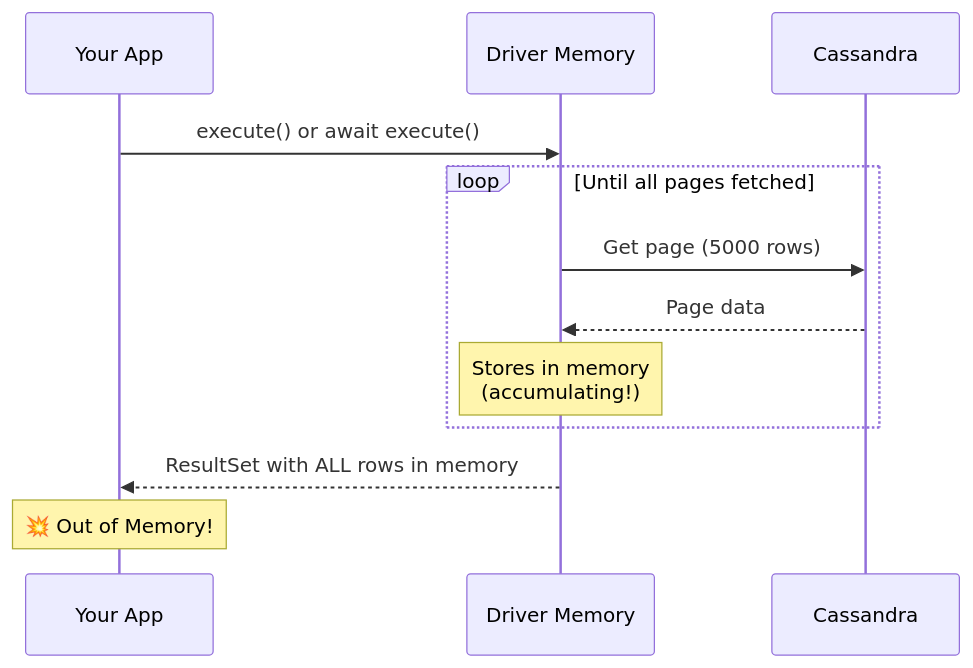
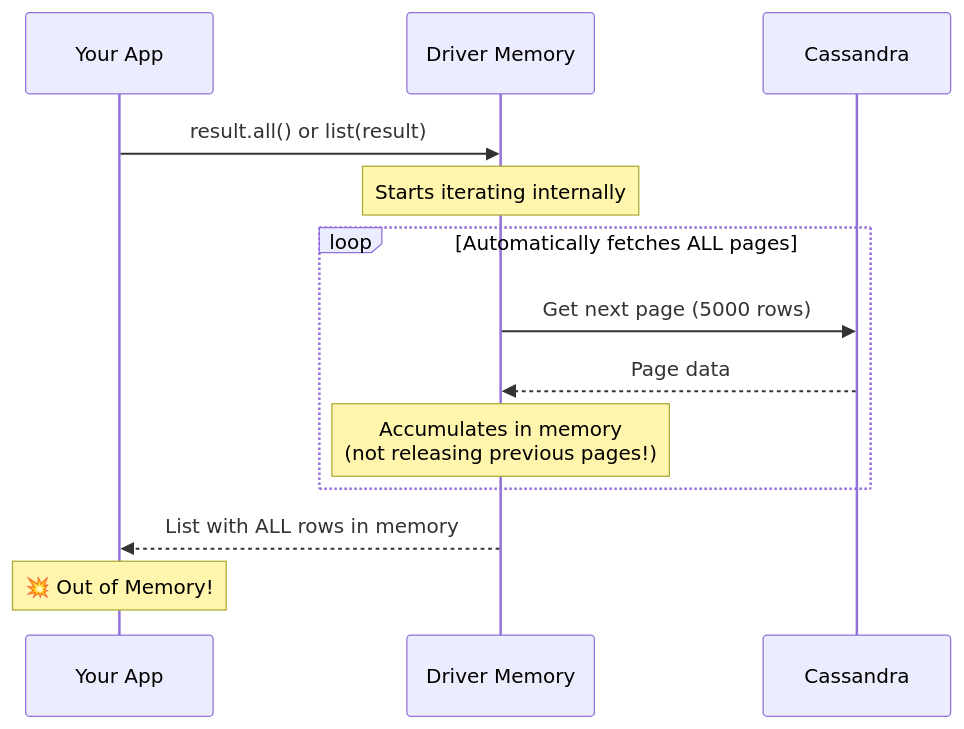
Before and after one commit to axonops/async-python-cassandra-client: the second of 7 diagrams in docs/streaming.md, drawn with Mermaid. The commit also changed other lines of this file and 1 other file, not shown here.

Commit message:
updating streaming and architecture docs

````diff
--- a/docs/streaming.md
+++ b/docs/streaming.md
@@ -72,17 +92,18 @@
 ```mermaid
 sequenceDiagram
     participant App as Your App
     participant Driver as Driver Memory
     participant Cassandra
 
-    App->>Driver: execute() or await execute()
+    App->>Driver: result.all() or list(result)
+    Note over Driver: Starts iterating internally
 
-    loop Until all pages fetched
-        Driver->>Cassandra: Get page (5000 rows)
+    loop Automatically fetches ALL pages
+        Driver->>Cassandra: Get next page (5000 rows)
         Cassandra-->>Driver: Page data
-        Note over Driver: Stores in memory<br/>(accumulating!)
+        Note over Driver: Accumulates in memory<br/>(not releasing previous pages!)
     end
 
-    Driver-->>App: ResultSet with ALL rows in memory
+    Driver-->>App: List with ALL rows in memory
     Note over App: 💥 Out of Memory!
 ```
````
